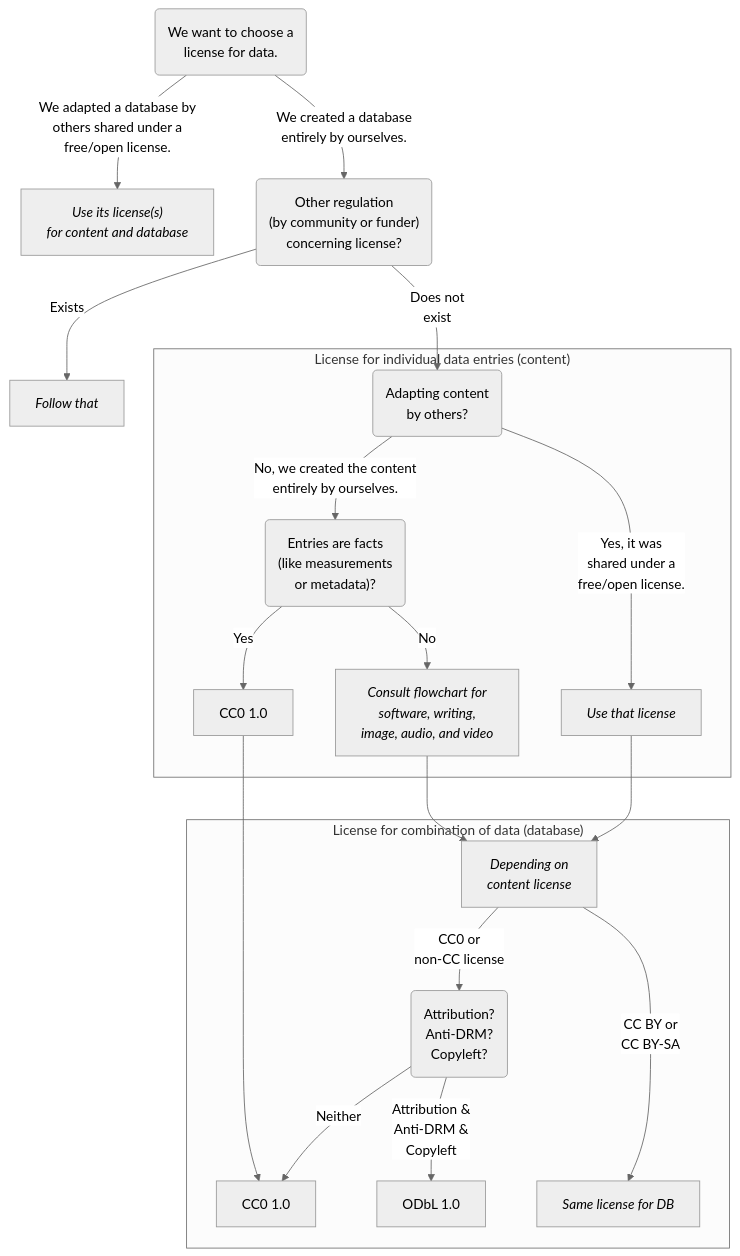
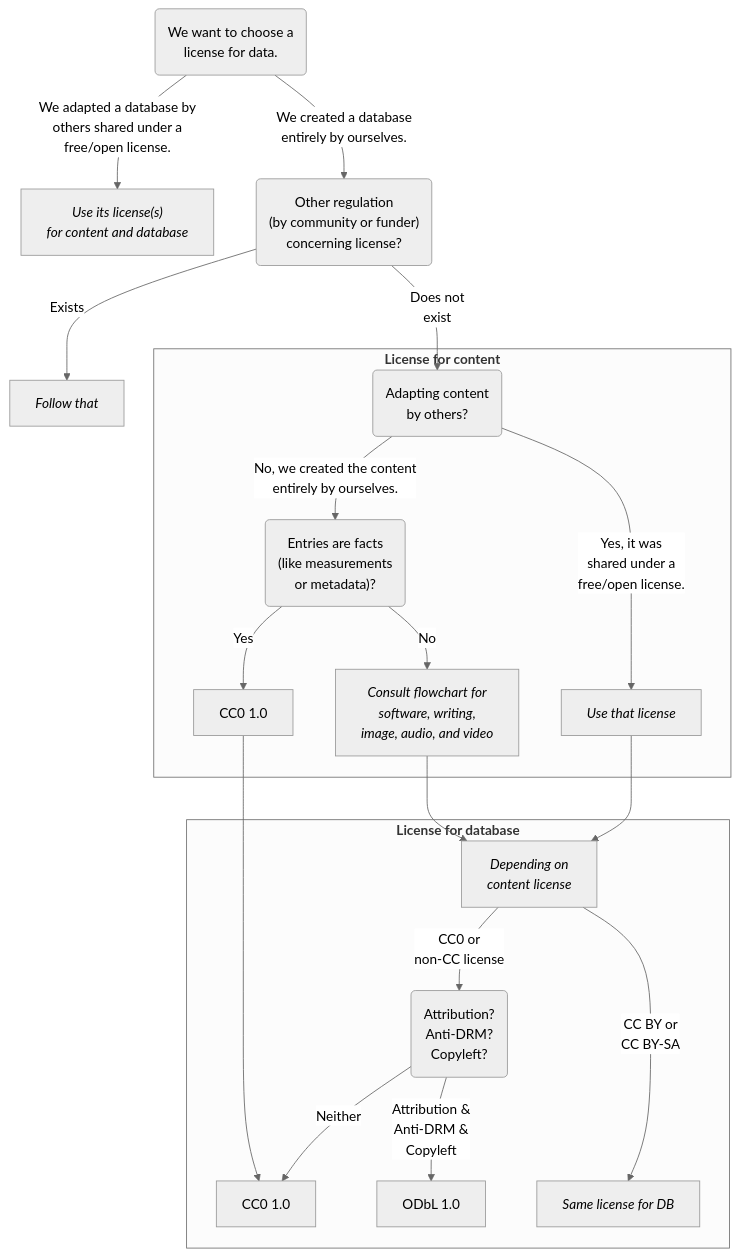
The third of 3 diagrams in choose_license.qmd (lmu-osc/code-publishing-short), drawn with Mermaid (neutral theme) before and after one commit. The commit also changed 1 other file, not shown here.

Commit message:
Add emphasis

````diff
--- a/choose_license.qmd
+++ b/choose_license.qmd
@@ -362,34 +362,34 @@
 ```{mermaid}
 flowchart TB
   start("We want to choose a<br>license for data.") --"We adapted a database by<br>others shared under a<br>free/open license."--> use_existing_license_db["<em>Use its license(s)<br>for content and database</em>"]
   start --"We created a database<br>entirely by ourselves."--> regulation("Other regulation<br>(by community or funder)<br>concerning license?")
   
   regulation --"Exists"--> follow_existing_norms["<em>Follow that</em>"]
   regulation --"Does not<br>exist"--> existing_license_content("Adapting content<br> by others?")
   
-  subgraph "License for individual data entries (content)"
+  subgraph content["<strong>License for content</strong>"]
   existing_license_content --"No, we created the content<br>entirely by ourselves."--> facts("Entries are facts<br>(like measurements<br>or metadata)?")
   existing_license_content --"Yes, it was<br>shared under a<br>free/open license."--> use_existing_license_content["<em>Use that license</em>"]
   facts --"Yes"--> cc0_content_metadata["CC0 1.0"]
   facts --"No"--> choose_license["<em>Consult flowchart for<br>software, writing,<br>image, audio, and video</em>"]
   end
   
-  subgraph "License for combination of data (database)"
+  subgraph database["<strong>License for database</strong>"]
   choose_license --> switch_license["<em>Depending on<br>content license</em>"]
   use_existing_license_content --> switch_license
   
   cc0_content_metadata --> cc0_db["CC0 1.0"]
   switch_license --"CC0 or<br>non-CC license"--> sa("Attribution?<br>Anti-DRM?<br>Copyleft?")
   switch_license --"CC BY or<br>CC BY-SA"--> same["<em>Same license for DB</em>"]
   
   sa --"Neither"--> cc0_db
   sa --"Attribution &<br>Anti-DRM &<br>Copyleft"--> odbl["ODbL 1.0"]
   
   %% the following link is only added to have terminal nodes on the same level
   sa ~~~ same
   end
   
   click cc0_content_metadata href "https://creativecommons.org/publicdomain/zero/1.0/"
   click cc0_db href "https://creativecommons.org/publicdomain/zero/1.0/"
   click odbl href "https://opendatacommons.org/licenses/odbl/summary/"
 ```
````
